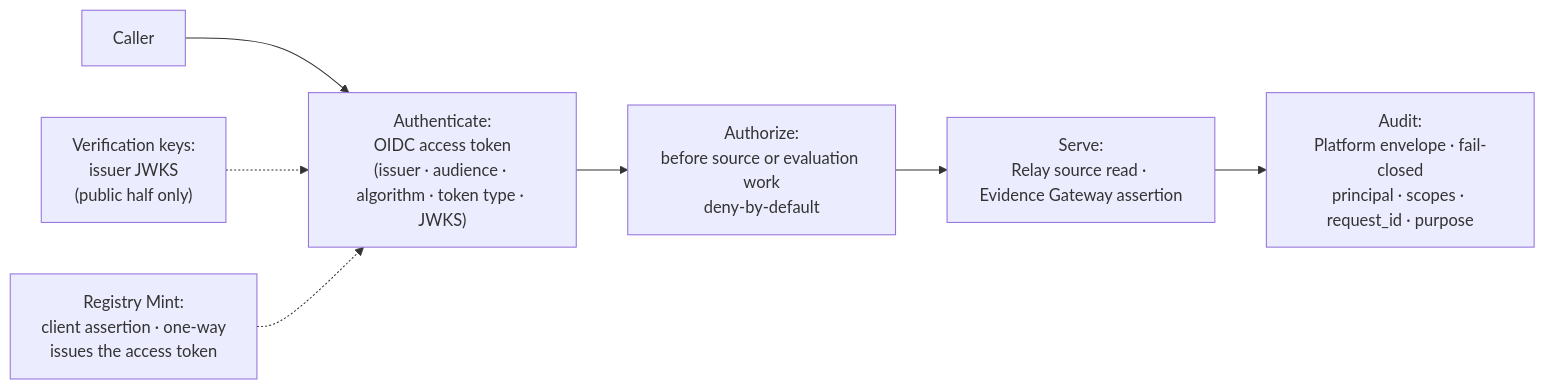
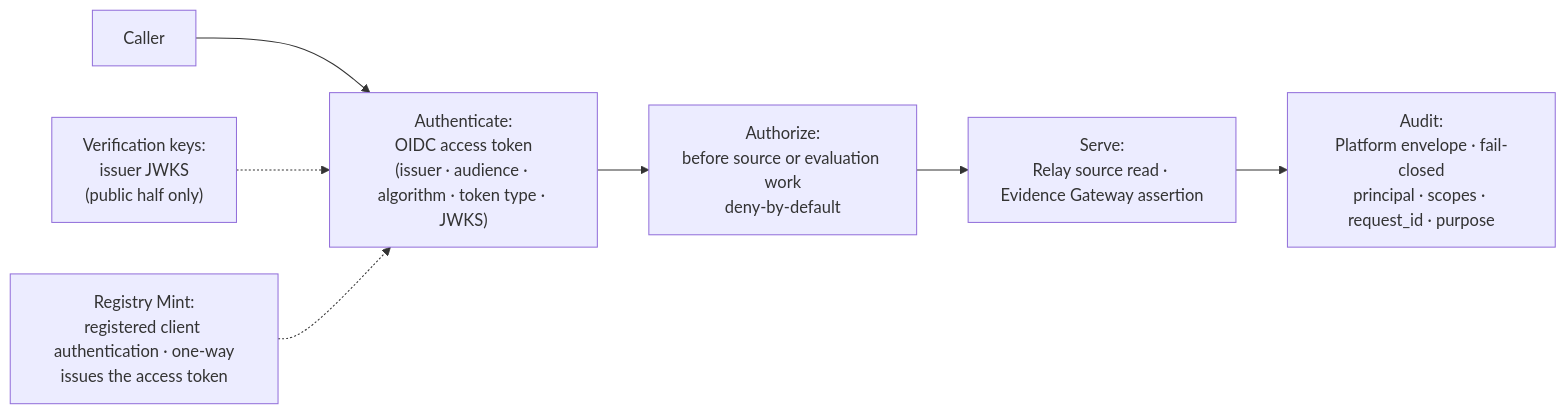
The diagram in docs/site/src/content/docs/spec/rs-sec-g.mdx (registrystack/registry-stack), drawn with Mermaid before and after one commit. The commit also changed other lines of this file and 34 other files, not shown here.

````diff
--- a/docs/site/src/content/docs/spec/rs-sec-g.mdx
+++ b/docs/site/src/content/docs/spec/rs-sec-g.mdx
@@ -77,11 +78,11 @@
 ```mermaid
 flowchart LR
     caller["Caller"]
     authn["Authenticate:<br/>OIDC access token<br/>(issuer · audience · algorithm · token type · JWKS)"]
     authz["Authorize:<br/>before source or evaluation work<br/>deny-by-default"]
     serve["Serve:<br/>Relay source read · Evidence Gateway assertion"]
     audit["Audit:<br/>Platform envelope · fail-closed<br/>principal · scopes · request_id · purpose"]
     caller --> authn --> authz --> serve --> audit
     keys["Verification keys:<br/>issuer JWKS<br/>(public half only)"] -.-> authn
-    mint["Registry Mint:<br/>client assertion · one-way<br/>issues the access token"] -.-> authn
+    mint["Registry Mint:<br/>registered client authentication · one-way<br/>issues the access token"] -.-> authn
 ```
````
